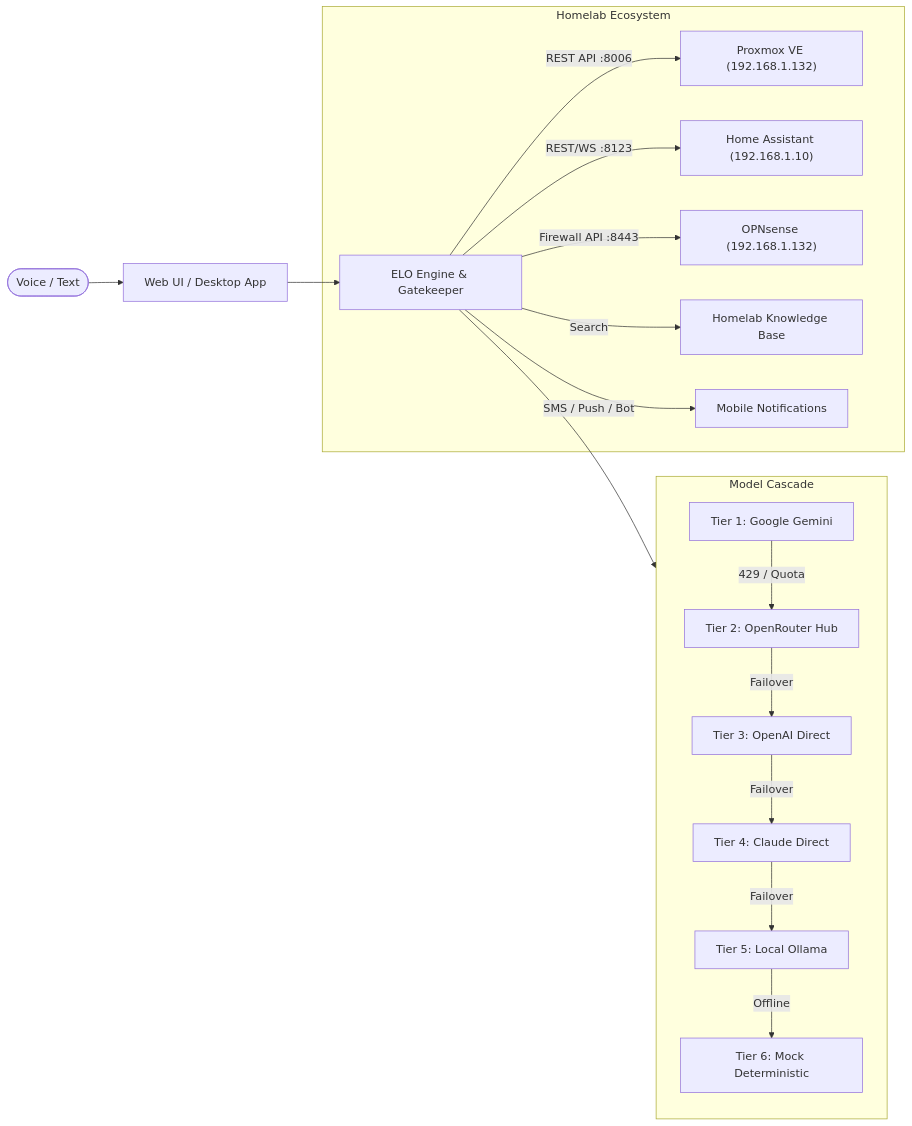
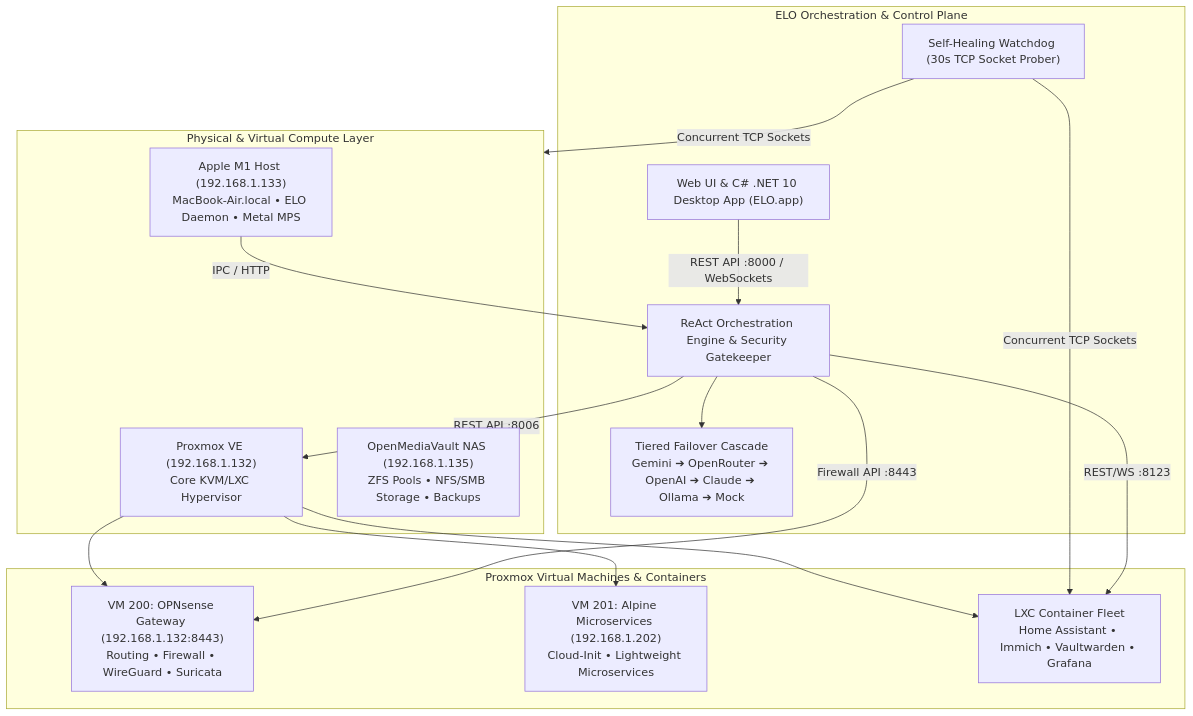
The first of 4 diagrams in README.md (stefanutc1/datacenter), drawn with Mermaid before and after one commit. The commit also changed other lines of this file and 14 other files, not shown here.

````diff
--- a/README.md
+++ b/README.md
@@ -39,24 +33,33 @@
 ```mermaid
-flowchart LR
-    User(["Voice / Text"]) --> WebUI["Web UI / Desktop App"]
-    WebUI --> Engine["ELO Engine & Gatekeeper"]
-    
-    subgraph Cascade["Model Cascade"]
-        G["Tier 1: Google Gemini"] -->|429 / Quota| OR["Tier 2: OpenRouter Hub"]
-        OR -->|Failover| OAI["Tier 3: OpenAI Direct"]
-        OAI -->|Failover| CL["Tier 4: Claude Direct"]
-        CL -->|Failover| OL["Tier 5: Local Ollama"]
-        OL -->|Offline| M["Tier 6: Mock Deterministic"]
+flowchart TB
+    subgraph ComputeNodes["Physical & Virtual Compute Layer"]
+        M1["Apple M1 Host (192.168.1.133)<br/>MacBook-Air.local • ELO Daemon • Metal MPS"]
+        PVE["Proxmox VE (192.168.1.132)<br/>Core KVM/LXC Hypervisor"]
+        NAS["OpenMediaVault NAS (192.168.1.135)<br/>ZFS Pools • NFS/SMB Storage • Backups"]
     end
-    
-    Engine --> Cascade
-    
-    subgraph Integrations["Homelab Ecosystem"]
-        Engine -->|REST API :8006| PVE["Proxmox VE (192.168.1.132)"]
-        Engine -->|REST/WS :8123| HASS["Home Assistant (192.168.1.10)"]
-        Engine -->|Firewall API :8443| OPN["OPNsense (192.168.1.132)"]
-        Engine -->|Search| RAG["Homelab Knowledge Base"]
-        Engine -->|SMS / Push / Bot| Phone["Mobile Notifications"]
+
+    subgraph VirtualLayer["Proxmox Virtual Machines & Containers"]
+        VM200["VM 200: OPNsense Gateway (192.168.1.132:8443)<br/>Routing • Firewall • WireGuard • Suricata"]
+        VM201["VM 201: Alpine Microservices (192.168.1.202)<br/>Cloud-Init • Lightweight Microservices"]
+        LXC["LXC Container Fleet<br/>Home Assistant • Immich • Vaultwarden • Grafana"]
     end
-    
+
+    subgraph ELOSubsystem["ELO Orchestration & Control Plane"]
+        WebDesktop["Web UI & C# .NET 10 Desktop App (ELO.app)"]
+        ReActEngine["ReAct Orchestration Engine & Security Gatekeeper"]
+        Watchdog["Self-Healing Watchdog (30s TCP Socket Prober)"]
+        Cascade["Tiered Failover Cascade<br/>Gemini ➔ OpenRouter ➔ OpenAI ➔ Claude ➔ Ollama ➔ Mock"]
+    end
+
+    M1 -->|IPC / HTTP| ReActEngine
+    WebDesktop -->|REST API :8000 / WebSockets| ReActEngine
+    ReActEngine --> Cascade
+    ReActEngine -->|REST API :8006| PVE
+    ReActEngine -->|REST/WS :8123| LXC
+    ReActEngine -->|Firewall API :8443| VM200
+    Watchdog -->|Concurrent TCP Sockets| ComputeNodes
+    Watchdog -->|Concurrent TCP Sockets| LXC
+    PVE --> VM200
+    PVE --> VM201
+    PVE --> LXC
 ```
````
